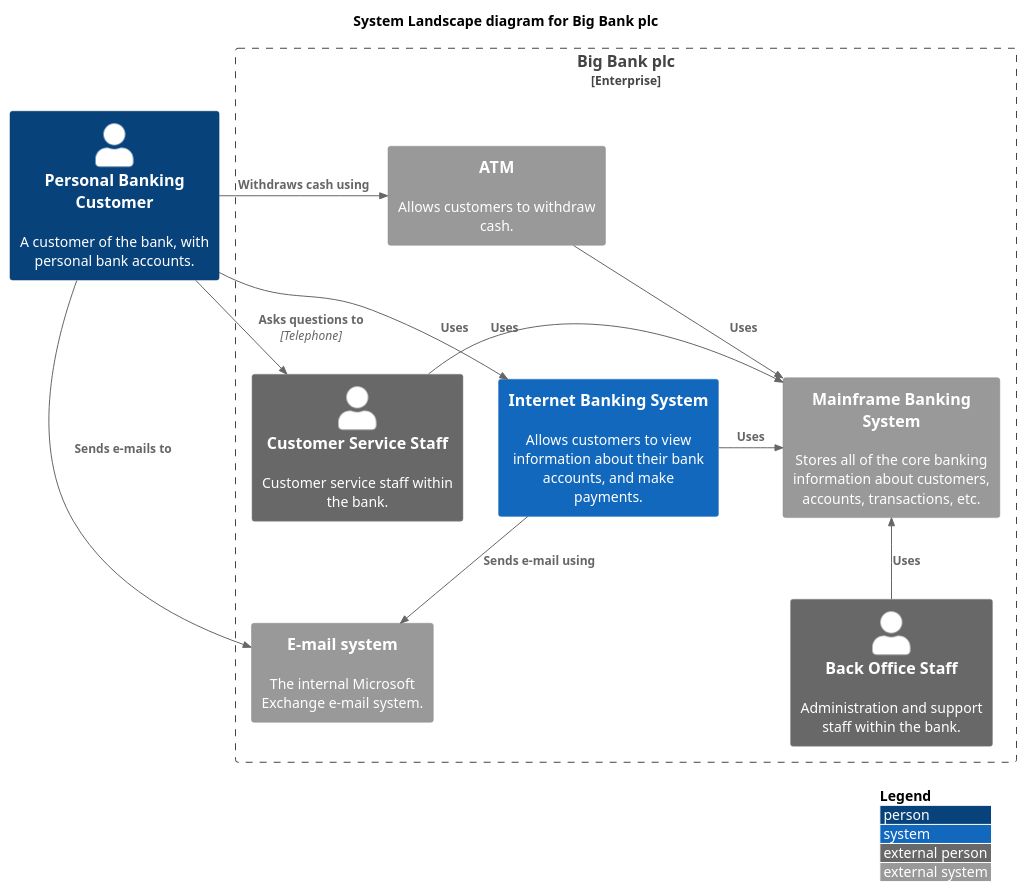
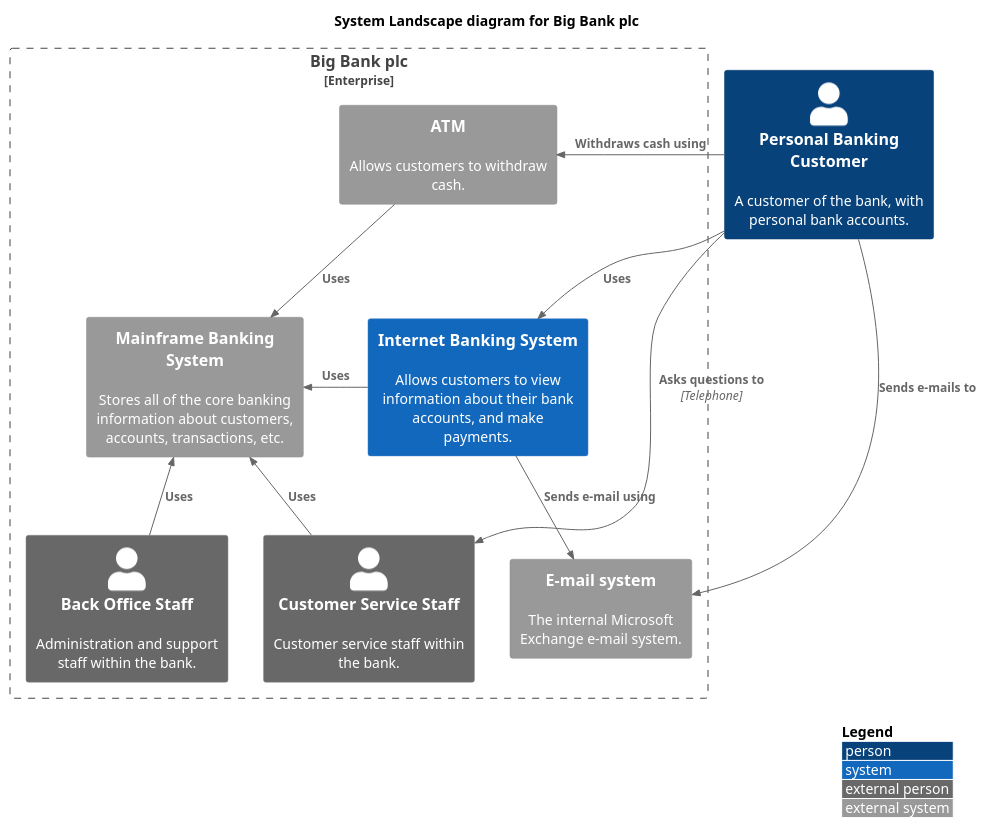
One commit to peerapongv/cdac-repo changed the diagram in docs/1000/c4/context/context_level0.md. Above: the diagram before and after it, drawn with PlantUML. The commit also changed 1 other file, not shown here.

Commit message:
test purpose

````diff
--- a/docs/1000/c4/context/context_level0.md
+++ b/docs/1000/c4/context/context_level0.md
@@ -1,44 +1,44 @@
 ```kroki-plantuml
 @startuml
 !include https://raw.githubusercontent.com/plantuml-stdlib/C4-PlantUML/master/C4_Context.puml
 ' uncomment the following line and comment the first to use locally
 ' !include C4_Context.puml
 
 'LAYOUT_TOP_DOWN()
 'LAYOUT_AS_SKETCH()
 LAYOUT_WITH_LEGEND()
 
 title System Landscape diagram for Big Bank plc
 
 Person(customer, "Personal Banking Customer", "A customer of the bank, with personal bank accounts.")
 
 Enterprise_Boundary(c0, "Big Bank plc") {
     System(banking_system, "Internet Banking System", "Allows customers to view information about their bank accounts, and make payments.")
 
     System_Ext(atm, "ATM", "Allows customers to withdraw cash.")
     System_Ext(mail_system, "E-mail system", "The internal Microsoft Exchange e-mail system.")
 
     System_Ext(mainframe, "Mainframe Banking System", "Stores all of the core banking information about customers, accounts, transactions, etc.")
 
     Person_Ext(customer_service, "Customer Service Staff", "Customer service staff within the bank.")
     Person_Ext(back_office, "Back Office Staff", "Administration and support staff within the bank.")
 }
 
 Rel(customer, banking_system, "Uses")
 Rel(customer, atm, "Withdraws cash using")
 Rel(customer, mail_system, "Sends e-mails to")
 
 Rel_R(customer, customer_service, "Asks questions to", "Telephone")
 
 Rel(banking_system, mail_system, "Sends e-mail using")
 Rel_R(atm, mainframe, "Uses")
 Rel_R(banking_system, mainframe, "Uses")
-Rel_R(customer_service, mainframe, "Uses")
+Rel_Up(customer_service, mainframe, "Uses")
 Rel_U(back_office, mainframe, "Uses")
 
 Lay_D(atm, banking_system)
 
 Lay_D(atm, customer)
 Lay_U(mail_system, customer)
 @enduml
 ```
````
